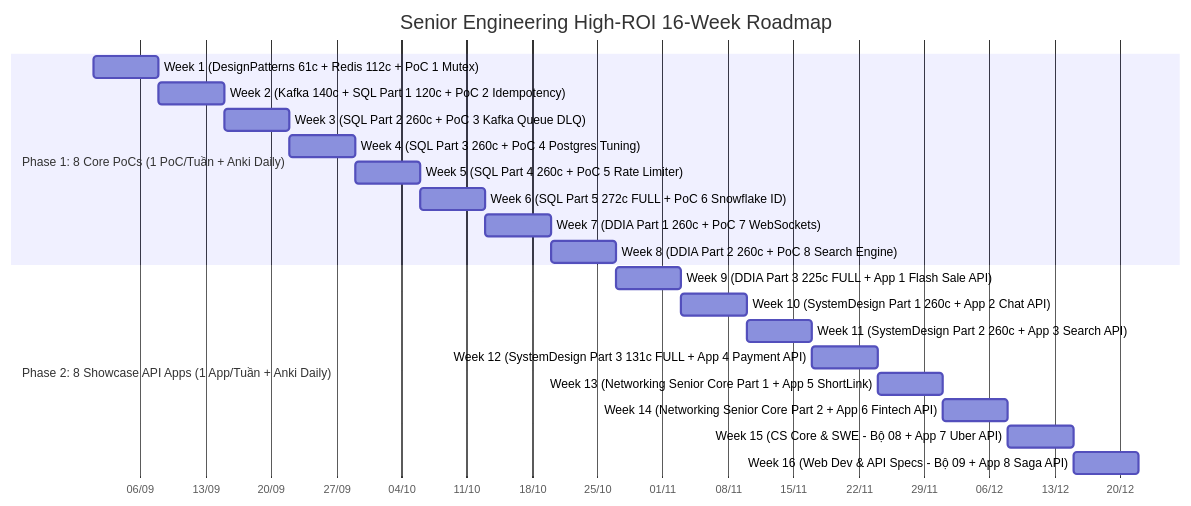
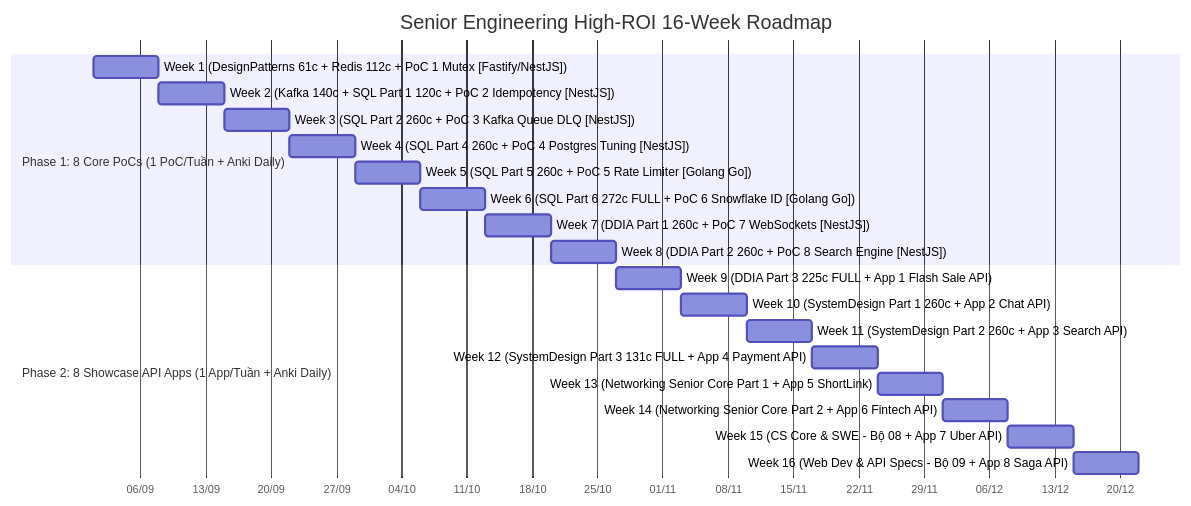
The diagram in SENIOR_ENGINEERING_ROADMAP_16WEEKS.md (khanhduong22/backend-engineering-system-design), drawn with Mermaid before and after one commit. The commit also changed other lines of this file, not shown here.

Commit message:
Feat: Add Tech Stack strategy (NestJS core + Golang highlights for PoC 5 & 6)

````diff
--- a/SENIOR_ENGINEERING_ROADMAP_16WEEKS.md
+++ b/SENIOR_ENGINEERING_ROADMAP_16WEEKS.md
@@ -11,26 +11,26 @@
 ```mermaid
 gantt
     title Senior Engineering High-ROI 16-Week Roadmap
     dateFormat YYYY-MM-DD
     axisFormat %d/%m
 
     section Phase 1: 8 Core PoCs (1 PoC/Tuần + Anki Daily)
-    Week 1 (DesignPatterns 61c + Redis 112c + PoC 1 Mutex)   :w1, 2026-09-01, 7d
-    Week 2 (Kafka 140c + SQL Part 1 120c + PoC 2 Idempotency):w2, after w1, 7d
-    Week 3 (SQL Part 2 260c + PoC 3 Kafka Queue DLQ)          :w3, after w2, 7d
-    Week 4 (SQL Part 3 260c + PoC 4 Postgres Tuning)          :w4, after w3, 7d
-    Week 5 (SQL Part 4 260c + PoC 5 Rate Limiter)             :w5, after w4, 7d
-    Week 6 (SQL Part 5 272c FULL + PoC 6 Snowflake ID)        :w6, after w5, 7d
-    Week 7 (DDIA Part 1 260c + PoC 7 WebSockets)             :w7, after w6, 7d
-    Week 8 (DDIA Part 2 260c + PoC 8 Search Engine)          :w8, after w7, 7d
+    Week 1 (DesignPatterns 61c + Redis 112c + PoC 1 Mutex [Fastify/NestJS]) :w1, 2026-09-01, 7d
+    Week 2 (Kafka 140c + SQL Part 1 120c + PoC 2 Idempotency [NestJS])   :w2, after w1, 7d
+    Week 3 (SQL Part 2 260c + PoC 3 Kafka Queue DLQ [NestJS])            :w3, after w2, 7d
+    Week 4 (SQL Part 4 260c + PoC 4 Postgres Tuning [NestJS])           :w4, after w3, 7d
+    Week 5 (SQL Part 5 260c + PoC 5 Rate Limiter [Golang Go])           :w5, after w4, 7d
+    Week 6 (SQL Part 6 272c FULL + PoC 6 Snowflake ID [Golang Go])      :w6, after w5, 7d
+    Week 7 (DDIA Part 1 260c + PoC 7 WebSockets [NestJS])               :w7, after w6, 7d
+    Week 8 (DDIA Part 2 260c + PoC 8 Search Engine [NestJS])            :w8, after w7, 7d
 
     section Phase 2: 8 Showcase API Apps (1 App/Tuần + Anki Daily)
     Week 9 (DDIA Part 3 225c FULL + App 1 Flash Sale API)     :w9, after w8, 7d
     Week 10 (SystemDesign Part 1 260c + App 2 Chat API)       :w10, after w9, 7d
     Week 11 (SystemDesign Part 2 260c + App 3 Search API)     :w11, after w10, 7d
     Week 12 (SystemDesign Part 3 131c FULL + App 4 Payment API):w12, after w11, 7d
     Week 13 (Networking Senior Core Part 1 + App 5 ShortLink) :w13, after w12, 7d
     Week 14 (Networking Senior Core Part 2 + App 6 Fintech API):w14, after w13, 7d
     Week 15 (CS Core & SWE - Bộ 08 + App 7 Uber API)          :w15, after w14, 7d
     Week 16 (Web Dev & API Specs - Bộ 09 + App 8 Saga API)    :w16, after w15, 7d
 ```
````
